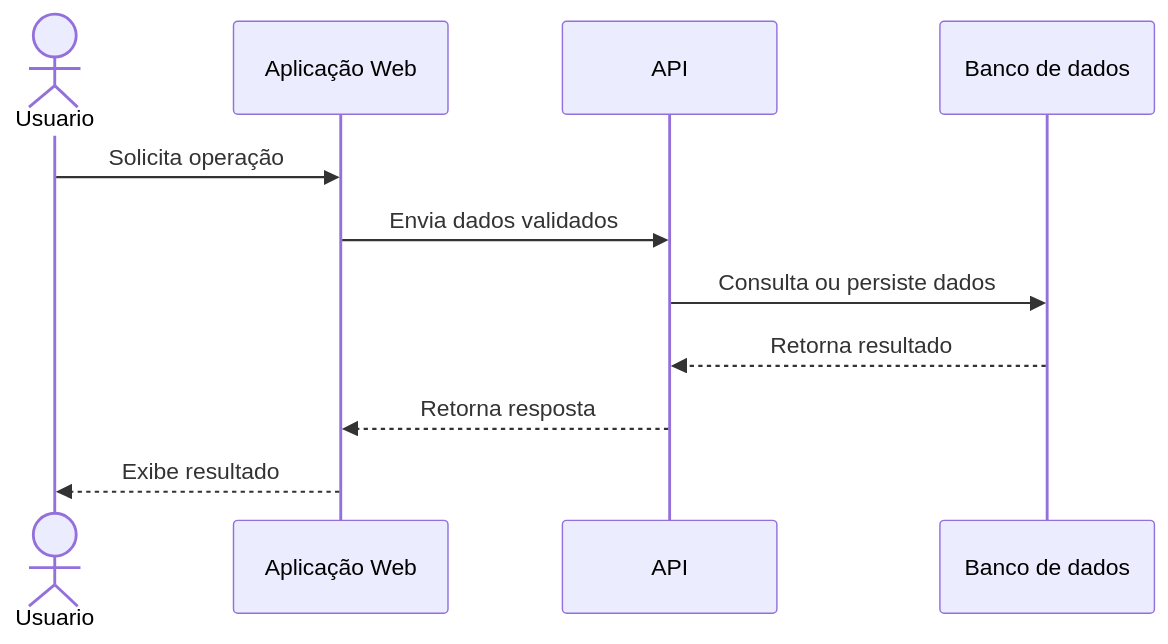
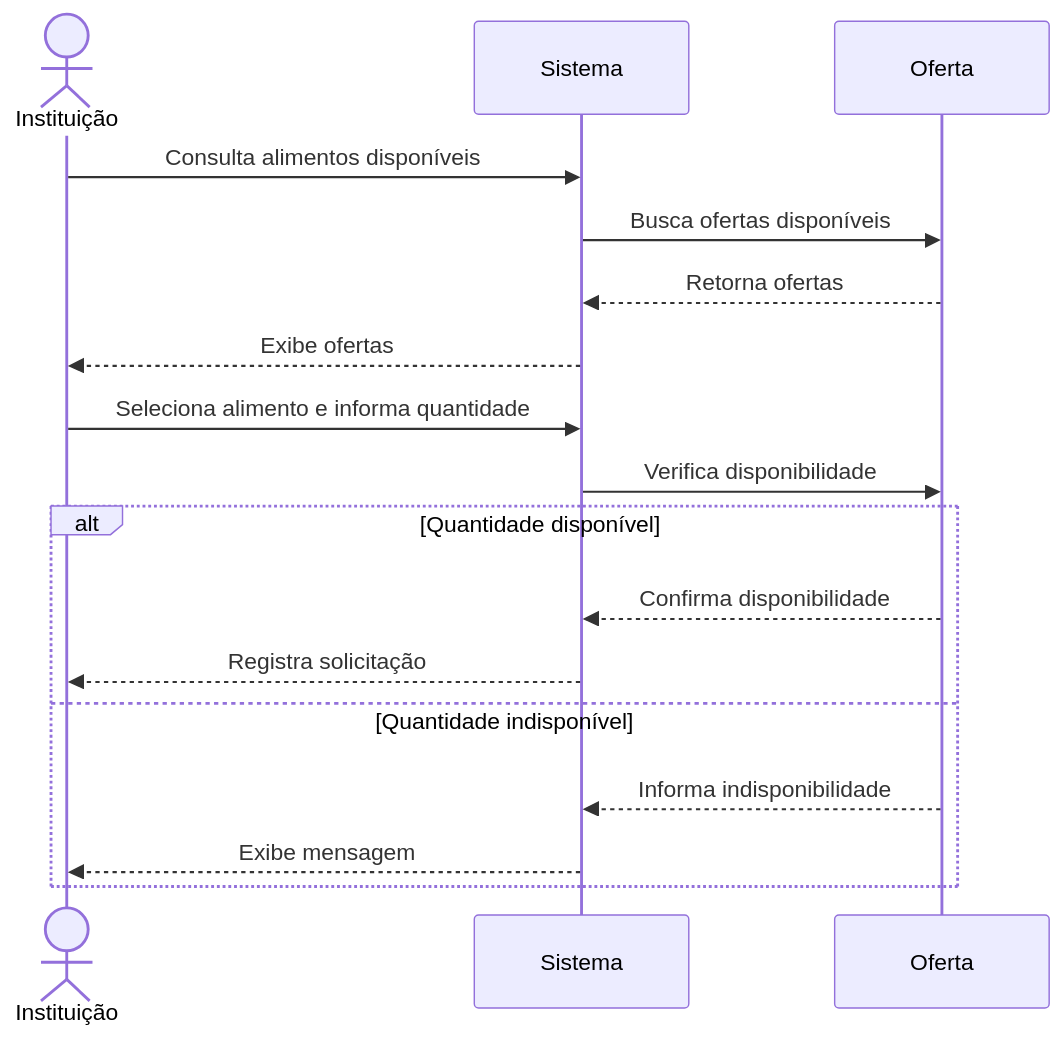
One commit to liviafgs/TrabalhoPratico-eng-software changed the first of 2 diagrams in modelaem/modelagem.md. Above: the diagram before and after it, drawn with Mermaid. The commit also changed other lines of this file, not shown here.

````diff
--- a/modelaem/modelagem.md
+++ b/modelaem/modelagem.md
@@ -16,13 +14,22 @@
 ```mermaid
 sequenceDiagram
-    actor Usuario
-    participant Web as Aplicação Web
-    participant API
-    participant DB as Banco de dados
-    Usuario->>Web: Solicita operação
-    Web->>API: Envia dados validados
-    API->>DB: Consulta ou persiste dados
-    DB-->>API: Retorna resultado
-    API-->>Web: Retorna resposta
-    Web-->>Usuario: Exibe resultado
+    actor Instituicao as Instituição
+    participant Sistema as Sistema
+    participant Oferta as Oferta
+
+    Instituicao->>Sistema: Consulta alimentos disponíveis
+    Sistema->>Oferta: Busca ofertas disponíveis
+    Oferta-->>Sistema: Retorna ofertas
+    Sistema-->>Instituicao: Exibe ofertas
+
+    Instituicao->>Sistema: Seleciona alimento e informa quantidade
+    Sistema->>Oferta: Verifica disponibilidade
+
+    alt Quantidade disponível
+        Oferta-->>Sistema: Confirma disponibilidade
+        Sistema-->>Instituicao: Registra solicitação
+    else Quantidade indisponível
+        Oferta-->>Sistema: Informa indisponibilidade
+        Sistema-->>Instituicao: Exibe mensagem
+    end
 ```
````
